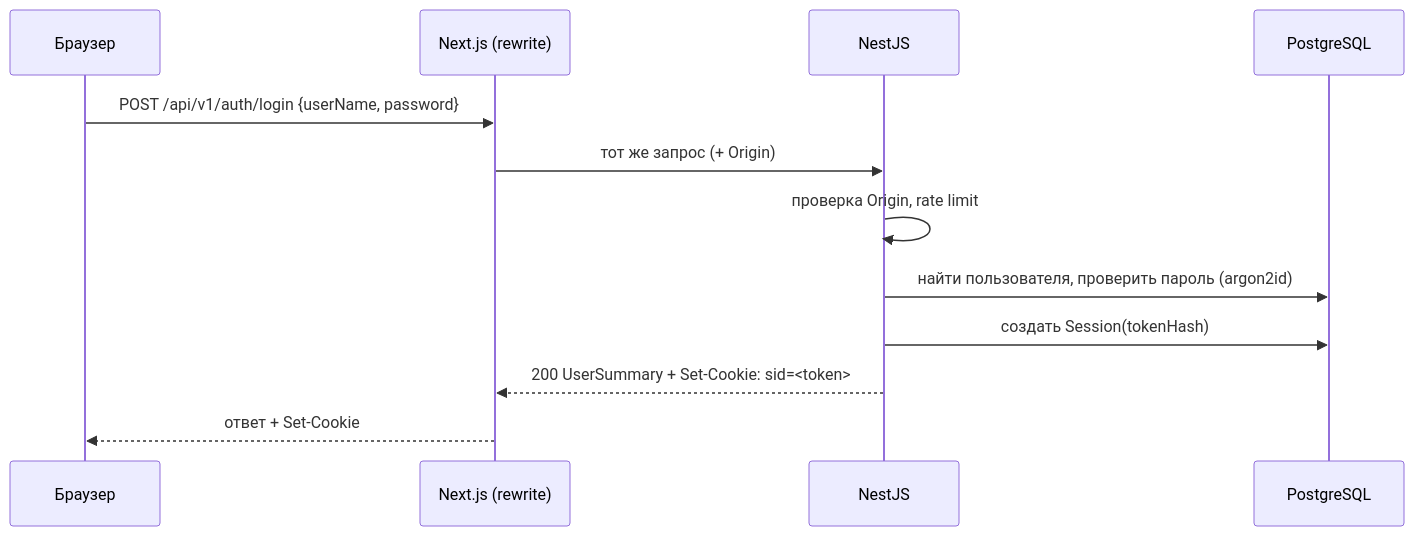
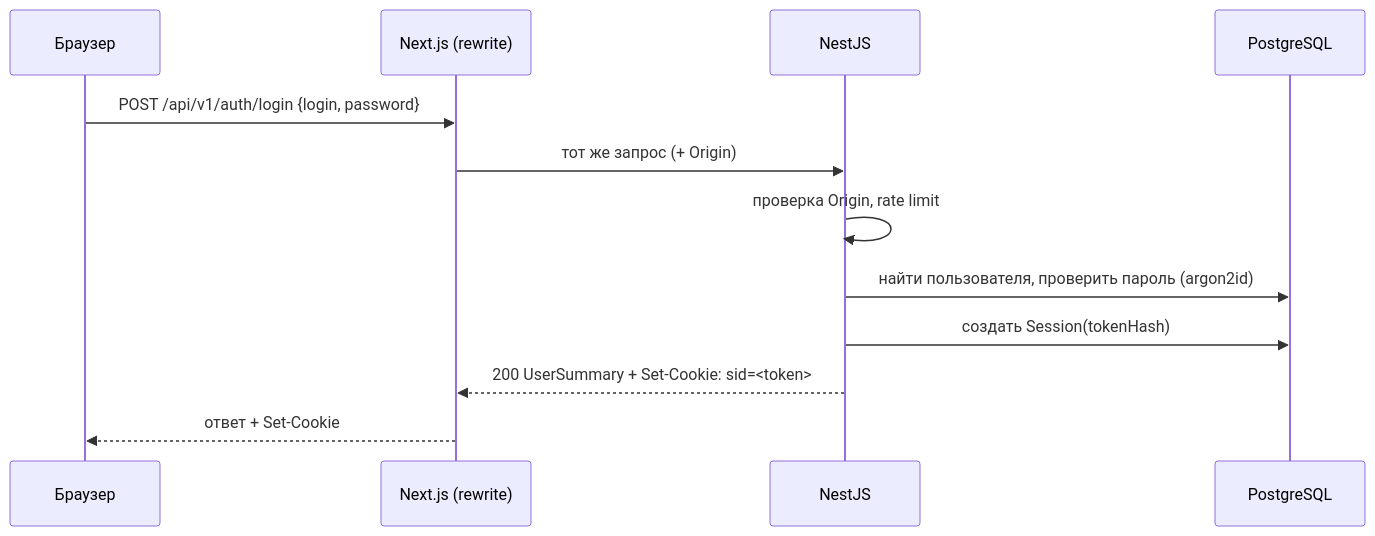
The first of 2 diagrams in docs/architecture/AUTHENTICATION.md (JM-2007-07/Instagram-Manishvar-Nekruz), drawn with Mermaid before and after one commit. The commit also changed other lines of this file and 81 other files, not shown here.

````diff
--- a/docs/architecture/AUTHENTICATION.md
+++ b/docs/architecture/AUTHENTICATION.md
@@ -51,14 +51,14 @@
 ```mermaid
 sequenceDiagram
     participant B as Браузер
     participant N as Next.js (rewrite)
     participant A as NestJS
     participant D as PostgreSQL
-    B->>N: POST /api/v1/auth/login {userName, password}
+    B->>N: POST /api/v1/auth/login {login, password}
     N->>A: тот же запрос (+ Origin)
     A->>A: проверка Origin, rate limit
     A->>D: найти пользователя, проверить пароль (argon2id)
     A->>D: создать Session(tokenHash)
     A-->>N: 200 UserSummary + Set-Cookie: sid=<token>
     N-->>B: ответ + Set-Cookie
 ```
````
